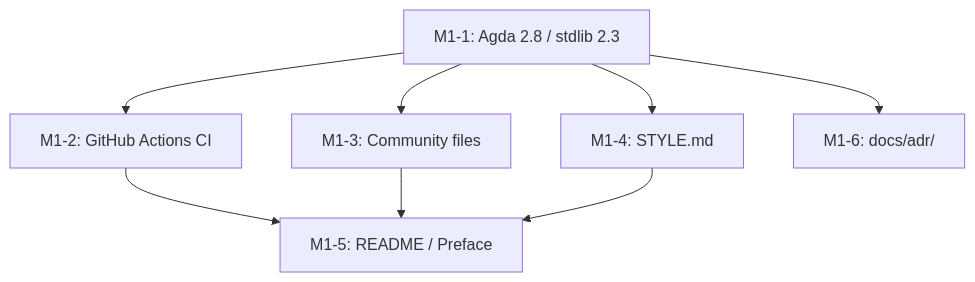
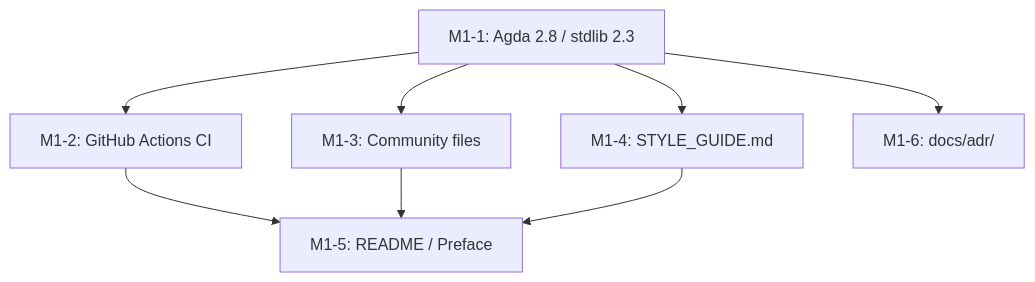
The second of 7 diagrams in docs/GITHUB_PROJECT.md (ualib/agda-algebras), drawn with Mermaid before and after one commit. The commit also changed other lines of this file and 4 other files, not shown here.

````diff
--- a/docs/GITHUB_PROJECT.md
+++ b/docs/GITHUB_PROJECT.md
@@ -331,16 +331,16 @@
 ```mermaid
 graph TD
   M1_1["M1-1: Agda 2.8 / stdlib 2.3"]
   M1_2["M1-2: GitHub Actions CI"]
   M1_3["M1-3: Community files"]
-  M1_4["M1-4: STYLE.md"]
+  M1_4["M1-4: STYLE_GUIDE.md"]
   M1_5["M1-5: README / Preface"]
   M1_6["M1-6: docs/adr/"]
   M1_1 --> M1_2
   M1_1 --> M1_3
   M1_1 --> M1_4
   M1_1 --> M1_6
   M1_2 --> M1_5
   M1_3 --> M1_5
   M1_4 --> M1_5
 ```
````
